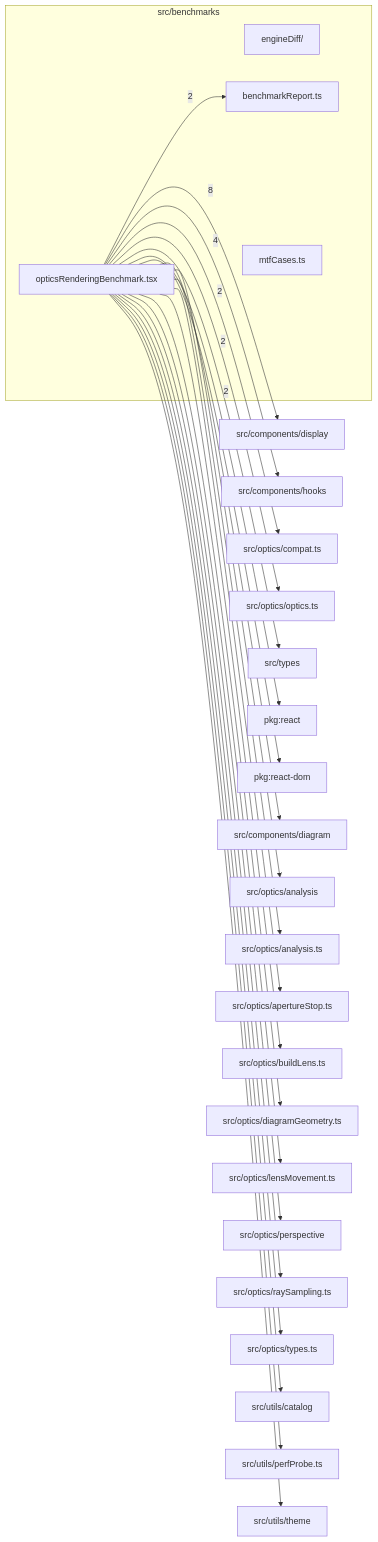
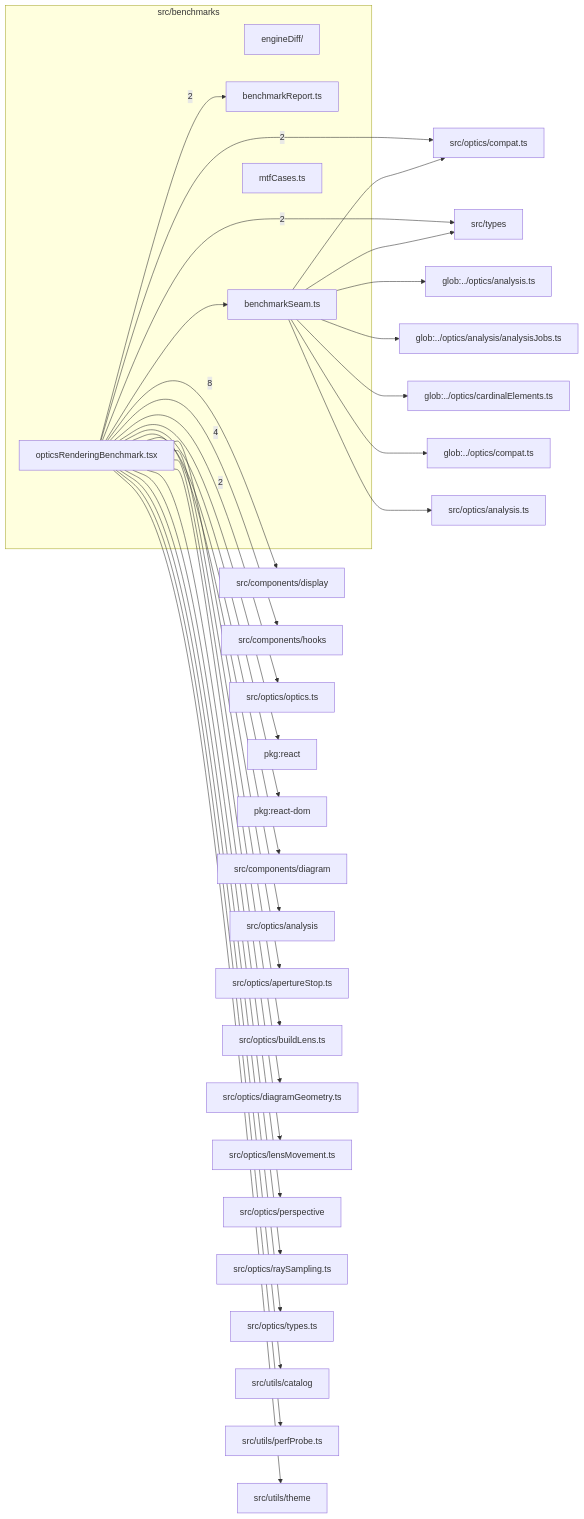
Before and after one commit to ronbuening/LensVisualizer: the diagram in src/benchmarks/readme.md, drawn with Mermaid. The commit also changed other lines of this file and 7 other files, not shown here.

Commit message:
Benchmarks: a seam so paired runs bundle against pre-Stage-7 bases

````diff
--- a/src/benchmarks/readme.md
+++ b/src/benchmarks/readme.md
@@ -9,50 +9,62 @@
 ```mermaid
 flowchart LR
   subgraph n_src_benchmarks["src/benchmarks"]
     n_src_benchmarks_src_benchmarks_engineDiff["engineDiff/"]
     n_src_benchmarks_src_benchmarks_benchmarkReport_ts["benchmarkReport.ts"]
+    n_src_benchmarks_src_benchmarks_benchmarkSeam_ts["benchmarkSeam.ts"]
     n_src_benchmarks_src_benchmarks_mtfCases_ts["mtfCases.ts"]
     n_src_benchmarks_src_benchmarks_opticsRenderingBenchmark_tsx["opticsRenderingBenchmark.tsx"]
   end
   n_external_src_components_display["src/components/display"]
   n_external_src_components_hooks["src/components/hooks"]
   n_external_src_optics_compat_ts["src/optics/compat.ts"]
   n_external_src_optics_optics_ts["src/optics/optics.ts"]
   n_external_src_types["src/types"]
+  n_external_glob____optics_analysis_ts["glob:../optics/analysis.ts"]
+  n_external_glob____optics_analysis_analysisJobs_ts["glob:../optics/analysis/analysisJobs.ts"]
+  n_external_glob____optics_cardinalElements_ts["glob:../optics/cardinalElements.ts"]
+  n_external_glob____optics_compat_ts["glob:../optics/compat.ts"]
   n_external_pkg_react["pkg:react"]
   n_external_pkg_react_dom["pkg:react-dom"]
   n_external_src_components_diagram["src/components/diagram"]
   n_external_src_optics_analysis["src/optics/analysis"]
   n_external_src_optics_analysis_ts["src/optics/analysis.ts"]
   n_external_src_optics_apertureStop_ts["src/optics/apertureStop.ts"]
   n_external_src_optics_buildLens_ts["src/optics/buildLens.ts"]
   n_external_src_optics_diagramGeometry_ts["src/optics/diagramGeometry.ts"]
   n_external_src_optics_lensMovement_ts["src/optics/lensMovement.ts"]
   n_external_src_optics_perspective["src/optics/perspective"]
   n_external_src_optics_raySampling_ts["src/optics/raySampling.ts"]
   n_external_src_optics_types_ts["src/optics/types.ts"]
   n_external_src_utils_catalog["src/utils/catalog"]
   n_external_src_utils_perfProbe_ts["src/utils/perfProbe.ts"]
   n_external_src_utils_theme["src/utils/theme"]
   n_src_benchmarks_src_benchmarks_opticsRenderingBenchmark_tsx --> |8| n_external_src_components_display
   n_src_benchmarks_src_benchmarks_opticsRenderingBenchmark_tsx --> |4| n_external_src_components_hooks
   n_src_benchmarks_src_benchmarks_opticsRenderingBenchmark_tsx --> |2| n_external_src_optics_compat_ts
   n_src_benchmarks_src_benchmarks_opticsRenderingBenchmark_tsx --> |2| n_external_src_optics_optics_ts
   n_src_benchmarks_src_benchmarks_opticsRenderingBenchmark_tsx --> |2| n_external_src_types
   n_src_benchmarks_src_benchmarks_opticsRenderingBenchmark_tsx --> |2| n_src_benchmarks_src_benchmarks_benchmarkReport_ts
+  n_src_benchmarks_src_benchmarks_benchmarkSeam_ts --> n_external_glob____optics_analysis_ts
+  n_src_benchmarks_src_benchmarks_benchmarkSeam_ts --> n_external_glob____optics_analysis_analysisJobs_ts
+  n_src_benchmarks_src_benchmarks_benchmarkSeam_ts --> n_external_glob____optics_cardinalElements_ts
+  n_src_benchmarks_src_benchmarks_benchmarkSeam_ts --> n_external_glob____optics_compat_ts
   n_src_benchmarks_src_benchmarks_opticsRenderingBenchmark_tsx --> n_external_pkg_react
   n_src_benchmarks_src_benchmarks_opticsRenderingBenchmark_tsx --> n_external_pkg_react_dom
   n_src_benchmarks_src_benchmarks_opticsRenderingBenchmark_tsx --> n_external_src_components_diagram
   n_src_benchmarks_src_benchmarks_opticsRenderingBenchmark_tsx --> n_external_src_optics_analysis
-  n_src_benchmarks_src_benchmarks_opticsRenderingBenchmark_tsx --> n_external_src_optics_analysis_ts
+  n_src_benchmarks_src_benchmarks_benchmarkSeam_ts --> n_external_src_optics_analysis_ts
   n_src_benchmarks_src_benchmarks_opticsRenderingBenchmark_tsx --> n_external_src_optics_apertureStop_ts
   n_src_benchmarks_src_benchmarks_opticsRenderingBenchmark_tsx --> n_external_src_optics_buildLens_ts
+  n_src_benchmarks_src_benchmarks_benchmarkSeam_ts --> n_external_src_optics_compat_ts
   n_src_benchmarks_src_benchmarks_opticsRenderingBenchmark_tsx --> n_external_src_optics_diagramGeometry_ts
   n_src_benchmarks_src_benchmarks_opticsRenderingBenchmark_tsx --> n_external_src_optics_lensMovement_ts
   n_src_benchmarks_src_benchmarks_opticsRenderingBenchmark_tsx --> n_external_src_optics_perspective
   n_src_benchmarks_src_benchmarks_opticsRenderingBenchmark_tsx --> n_external_src_optics_raySampling_ts
   n_src_benchmarks_src_benchmarks_opticsRenderingBenchmark_tsx --> n_external_src_optics_types_ts
+  n_src_benchmarks_src_benchmarks_benchmarkSeam_ts --> n_external_src_types
   n_src_benchmarks_src_benchmarks_opticsRenderingBenchmark_tsx --> n_external_src_utils_catalog
   n_src_benchmarks_src_benchmarks_opticsRenderingBenchmark_tsx --> n_external_src_utils_perfProbe_ts
   n_src_benchmarks_src_benchmarks_opticsRenderingBenchmark_tsx --> n_external_src_utils_theme
+  n_src_benchmarks_src_benchmarks_opticsRenderingBenchmark_tsx --> n_src_benchmarks_src_benchmarks_benchmarkSeam_ts
 ```
````
